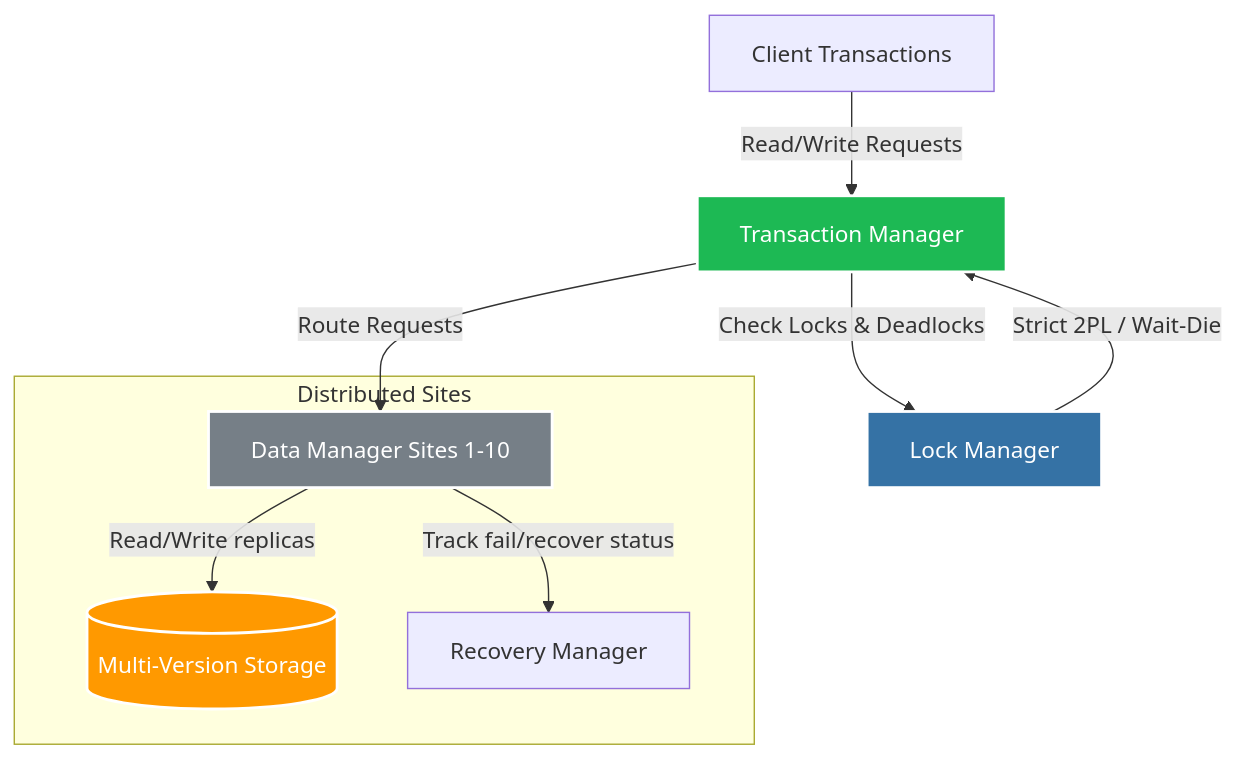
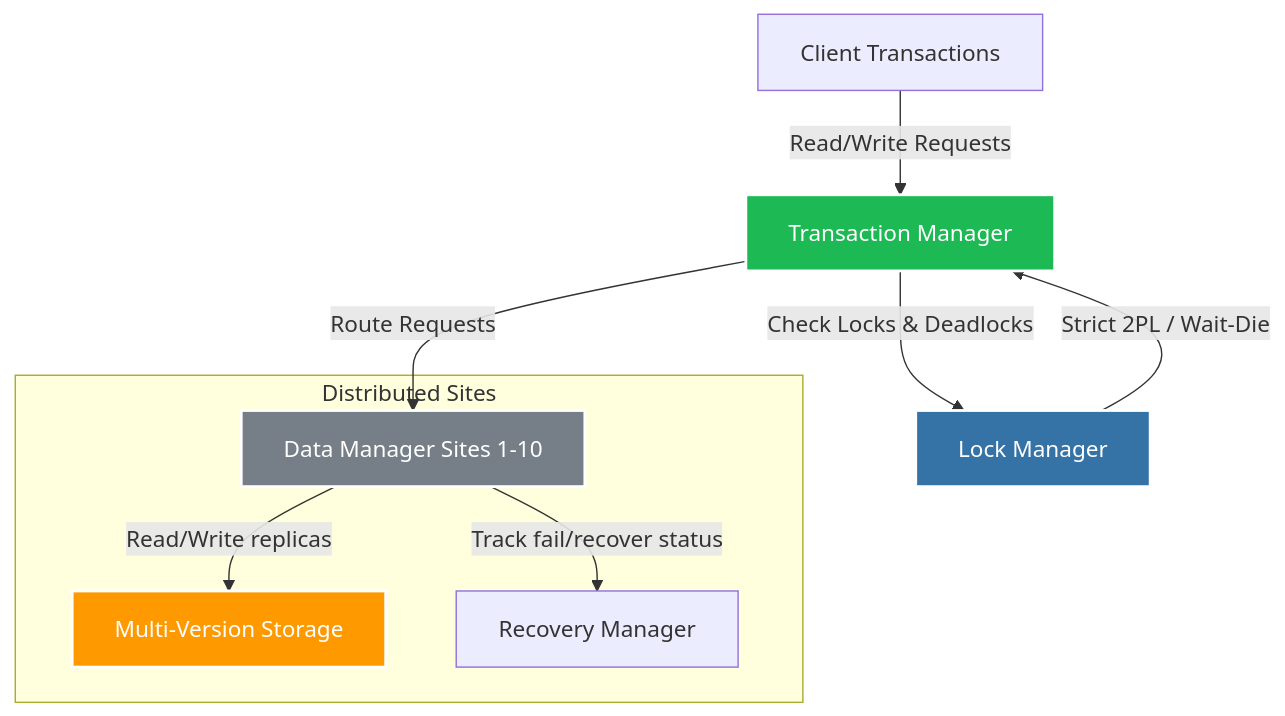
Before and after one commit to Aman-Chopra/aman-chopra.github.io: the diagram in projects/_posts/repcrec/2021-12-5-repcrec.md, drawn with Mermaid. The commit also changed 1 other file, not shown here.

Commit message:
fix: resolve nested node and arrow syntax errors in Mermaid version 11.15.0

```diff
--- a/projects/_posts/repcrec/2021-12-5-repcrec.md
+++ b/projects/_posts/repcrec/2021-12-5-repcrec.md
@@ -17,17 +17,17 @@
 <div class="mermaid">
 flowchart TD
-    Client["Client Transactions"] -->|"Read/Write Requests"| TM["Transaction Manager"]
-    TM -->|"Check Locks & Deadlocks"| LM["Lock Manager"]
-    LM -->|"Strict 2PL / Wait-Die"| TM
-    TM -->|"Route Requests"| DM["Data Manager Sites 1-10"]
+    Client["Client Transactions"] -- "Read/Write Requests" --> TM["Transaction Manager"]
+    TM -- "Check Locks & Deadlocks" --> LM["Lock Manager"]
+    LM -- "Strict 2PL / Wait-Die" --> TM
+    TM -- "Route Requests" --> DM["Data Manager Sites 1-10"]
     
-    subgraph "Distributed Sites"
-        DM -->|"Read/Write replicas"| DB[("Multi-Version Storage")]
-        DM -->|"Track fail/recover status"| RM["Recovery Manager"]
+    subgraph Sites ["Distributed Sites"]
+        DM -- "Read/Write replicas" --> DB["Multi-Version Storage"]
+        DM -- "Track fail/recover status" --> RM["Recovery Manager"]
     end
 
     style TM fill:#1DB954,stroke:#fff,stroke-width:2px,color:#fff
     style LM fill:#3572A5,stroke:#fff,stroke-width:2px,color:#fff
     style DM fill:#767f87,stroke:#fff,stroke-width:2px,color:#fff
     style DB fill:#ff9900,stroke:#fff,stroke-width:2px,color:#fff
 </div>
```
